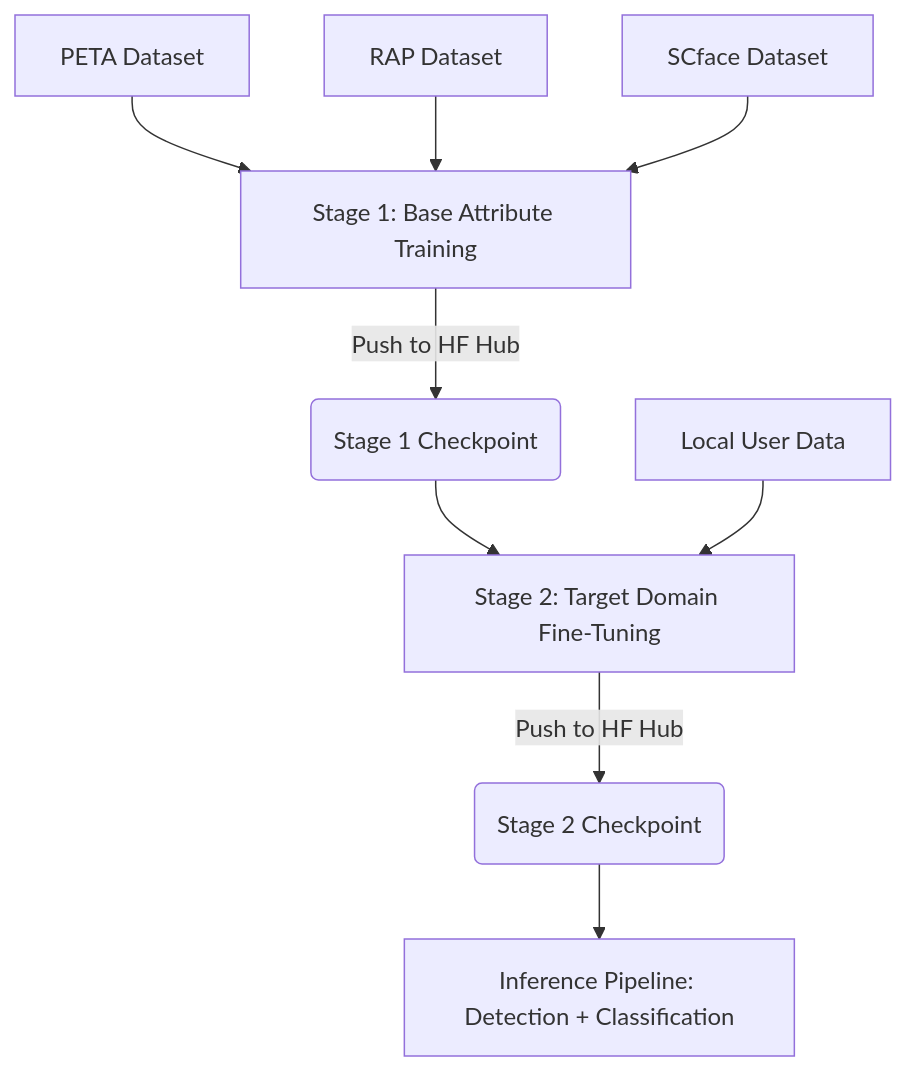
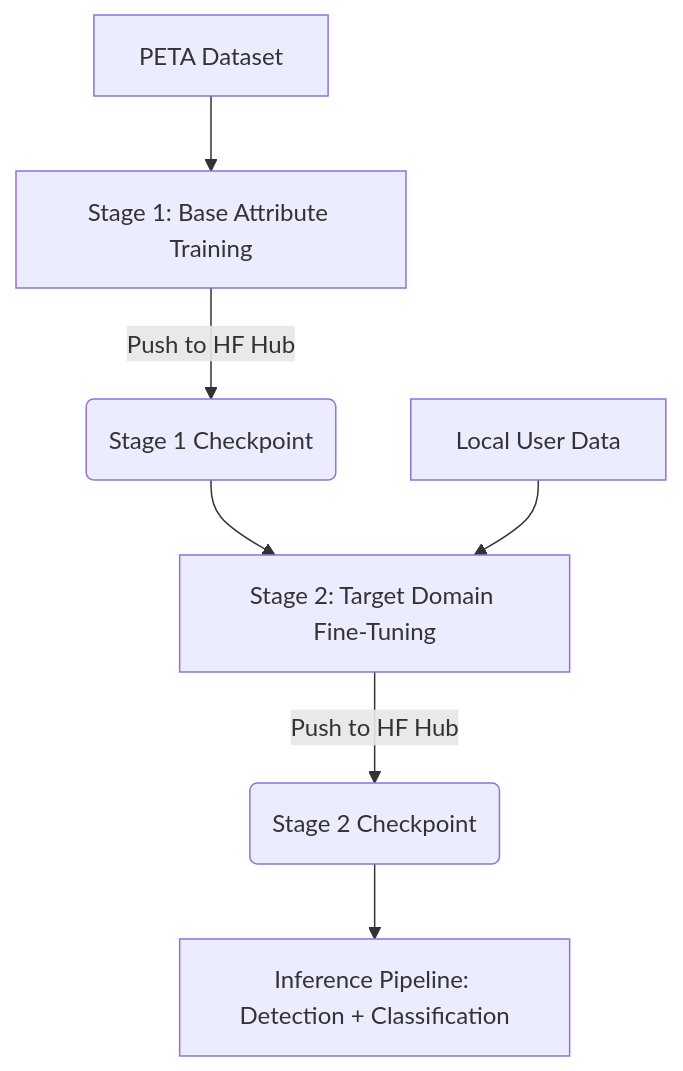
Before and after one commit to abhishek-pandey7/Footfall-Analysis: the diagram in README.md, drawn with Mermaid. The commit also changed other lines of this file and 4 other files, not shown here.

Commit message:
Remove RAP and SCface datasets and clean up code/docs

````diff
--- a/README.md
+++ b/README.md
@@ -11,11 +11,9 @@
 ```mermaid
 graph TD
     A[PETA Dataset] --> D[Stage 1: Base Attribute Training]
-    B[RAP Dataset] --> D
-    C[SCface Dataset] --> D
     D -->|Push to HF Hub| E(Stage 1 Checkpoint)
     E --> F[Stage 2: Target Domain Fine-Tuning]
     G[Local User Data] --> F
     F -->|Push to HF Hub| H(Stage 2 Checkpoint)
     H --> I[Inference Pipeline: Detection + Classification]
 ```
````
